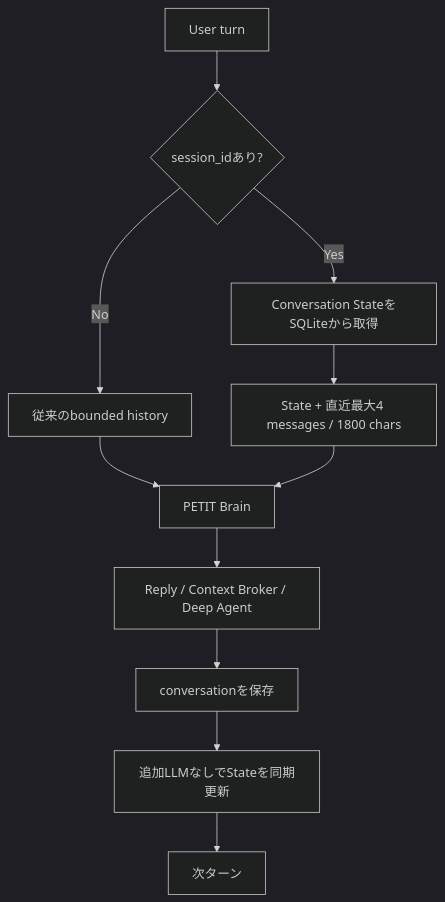
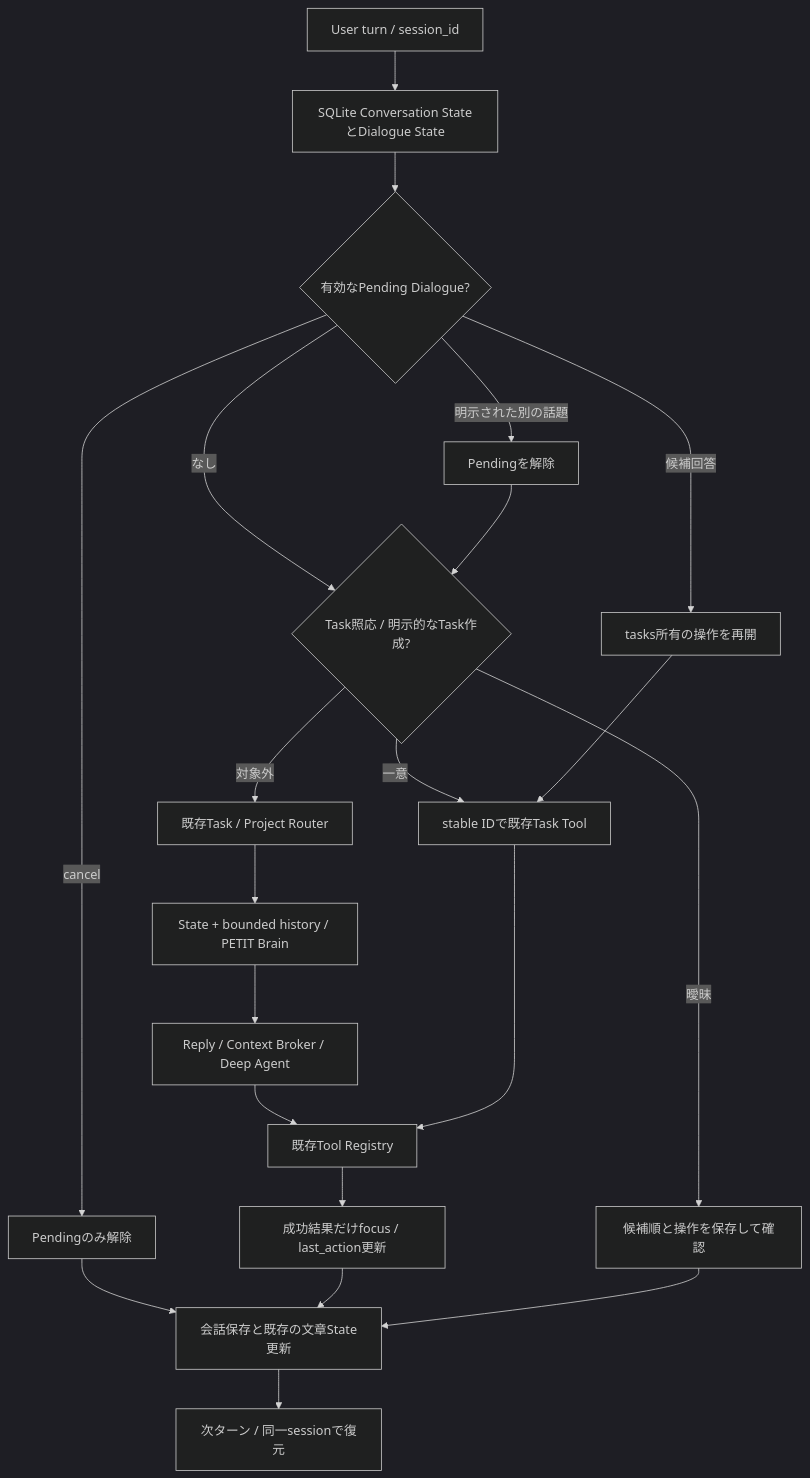
One commit to Soso2e/PETIT changed the diagram in docs/conversation-state.md. Above: the diagram before and after it, drawn with Mermaid (dark theme). The commit also changed other lines of this file and 22 other files, not shown here.

````diff
--- a/docs/conversation-state.md
+++ b/docs/conversation-state.md
@@ -13,13 +13,23 @@
 ```mermaid
 flowchart TD
-    U[User turn] --> S{session_idあり?}
-    S -->|No| H[従来のbounded history]
-    S -->|Yes| L[Conversation StateをSQLiteから取得]
-    L --> B[State + 直近最大4 messages / 1800 chars]
-    H --> P[PETIT Brain]
-    B --> P
-    P --> R[Reply / Context Broker / Deep Agent]
-    R --> SAVE[conversationを保存]
-    SAVE --> UPDATE[追加LLMなしでStateを同期更新]
-    UPDATE --> NEXT[次ターン]
+    U[User turn / session_id] --> L[SQLite Conversation StateとDialogue State]
+    L --> P{有効なPending Dialogue?}
+    P -->|候補回答| OWN[tasks所有の操作を再開]
+    P -->|cancel| CANCEL[Pendingのみ解除]
+    CANCEL --> SAVE
+    P -->|明示された別の話題| CLEAR[Pendingを解除]
+    P -->|なし| F{Task照応 / 明示的なTask作成?}
+    CLEAR --> F
+    F -->|曖昧| ASK[候補順と操作を保存して確認]
+    F -->|一意| T[stable IDで既存Task Tool]
+    F -->|対象外| R[既存Task / Project Router]
+    OWN --> T
+    R --> B[State + bounded history / PETIT Brain]
+    B --> A[Reply / Context Broker / Deep Agent]
+    A --> TOOL[既存Tool Registry]
+    T --> TOOL
+    TOOL --> OBS[成功結果だけfocus / last_action更新]
+    OBS --> SAVE[会話保存と既存の文章State更新]
+    ASK --> SAVE
+    SAVE --> NEXT[次ターン / 同一sessionで復元]
 ```
````
